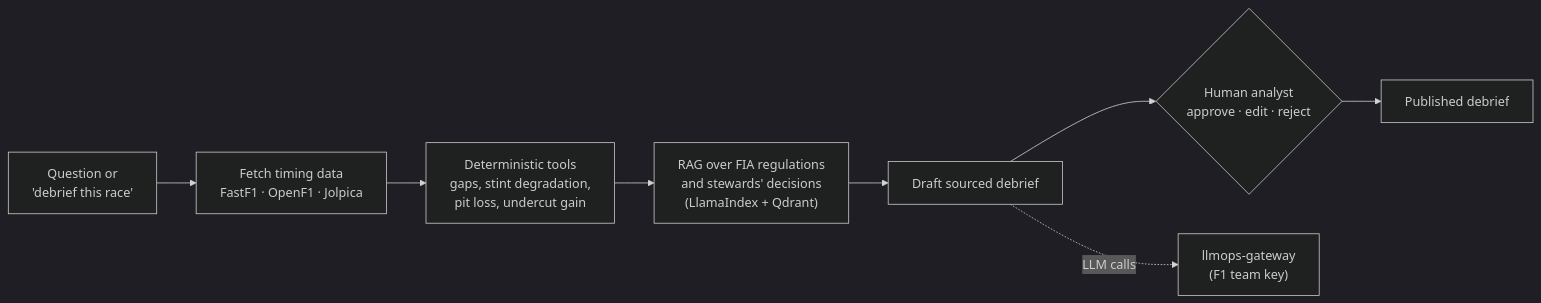
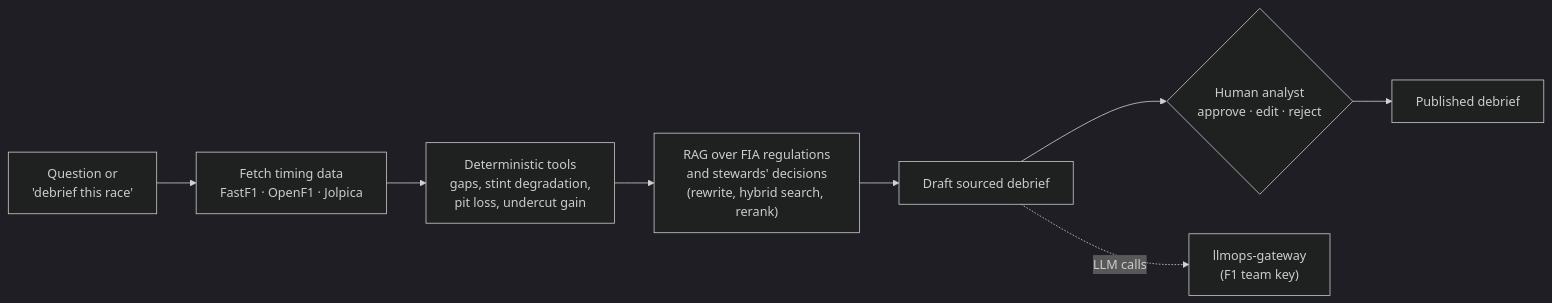
Before and after one commit to Mak5ens/f1-strategy-analyst: the diagram in README.md, drawn with Mermaid (dark theme). The commit also changed other lines of this file and 28 other files, not shown here.

````diff
--- a/README.md
+++ b/README.md
@@ -19,10 +19,10 @@
 ```mermaid
 flowchart LR
     q["Question or<br/>'debrief this race'"] --> data["Fetch timing data<br/>FastF1 · OpenF1 · Jolpica"]
     data --> calc["Deterministic tools<br/>gaps, stint degradation,<br/>pit loss, undercut gain"]
-    calc --> rag["RAG over FIA regulations<br/>and stewards' decisions<br/>(LlamaIndex + Qdrant)"]
+    calc --> rag["RAG over FIA regulations<br/>and stewards' decisions<br/>(rewrite, hybrid search, rerank)"]
     rag --> draft["Draft sourced debrief"]
     draft --> hitl{"Human analyst<br/>approve · edit · reject"}
     hitl --> pub["Published debrief"]
     draft -. "LLM calls" .-> gw["llmops-gateway<br/>(F1 team key)"]
 ```
````
